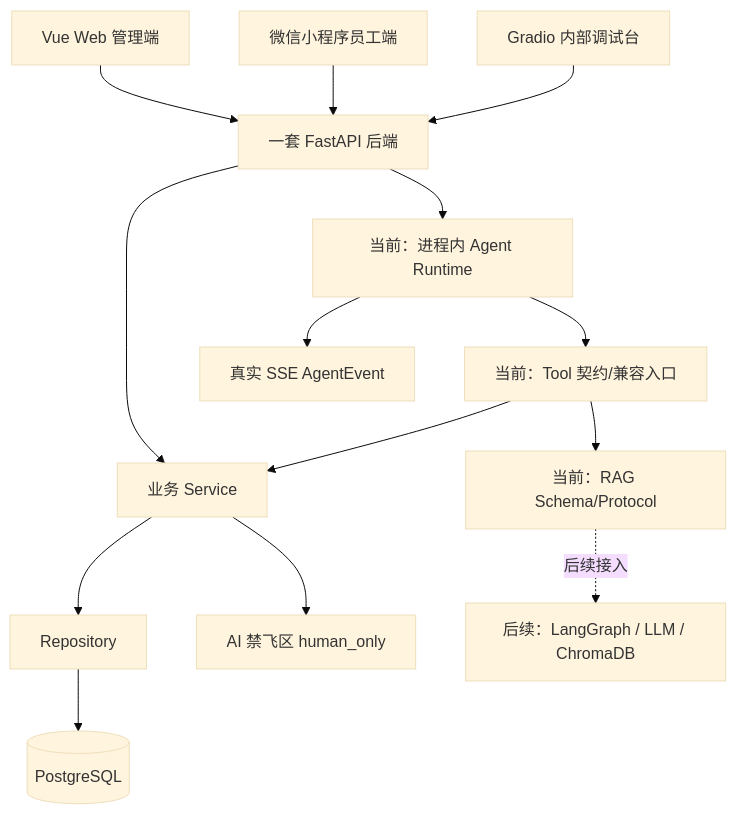
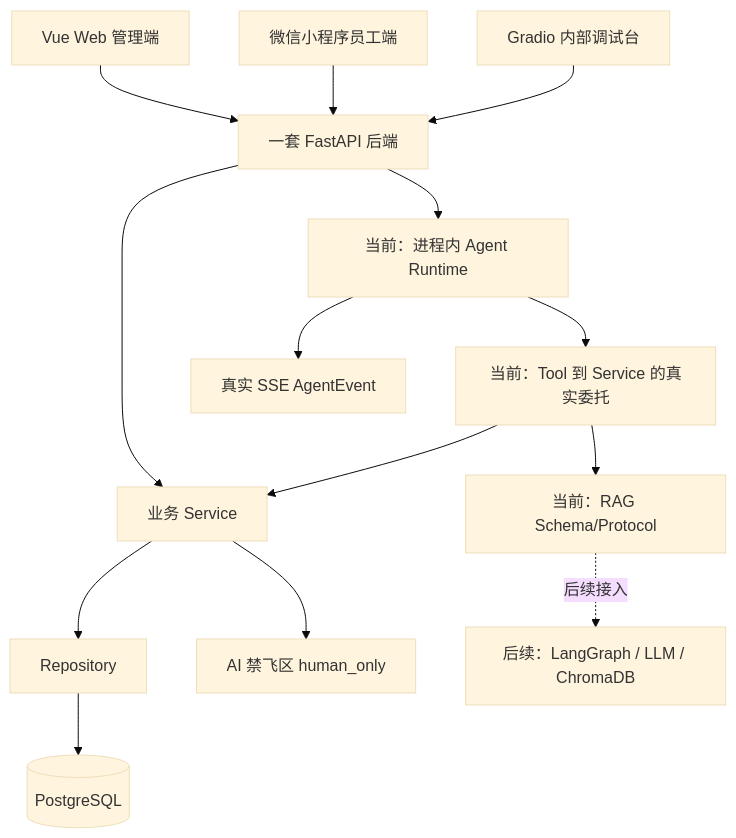
One commit to shmzl1/workspace-core changed the first of 4 diagrams in docs/架构设计.md. Above: the diagram before and after it, drawn with Mermaid (base theme). The commit also changed other lines of this file and 28 other files, not shown here.

````diff
--- a/docs/架构设计.md
+++ b/docs/架构设计.md
@@ -14,29 +14,29 @@
 ```mermaid
 flowchart TB
     Web[Vue Web 管理端]
     Mini[微信小程序员工端]
     Gradio[Gradio 内部调试台]
     API[一套 FastAPI 后端]
     Service[业务 Service]
     Repo[Repository]
     PG[(PostgreSQL)]
     Runtime[当前：进程内 Agent Runtime]
-    Tool[当前：Tool 契约/兼容入口]
+    Tool[当前：Tool 到 Service 的真实委托]
     RAG[当前：RAG Schema/Protocol]
     Future[后续：LangGraph / LLM / ChromaDB]
     Human[AI 禁飞区 human_only]
 
     Web --> API
     Mini --> API
     Gradio --> API
     API --> Service
     Service --> Repo
     Repo --> PG
     API --> Runtime
     Runtime --> SSE[真实 SSE AgentEvent]
     Runtime --> Tool
     Tool --> Service
     Tool --> RAG
     RAG -. 后续接入 .-> Future
     Service --> Human
 ```
````
